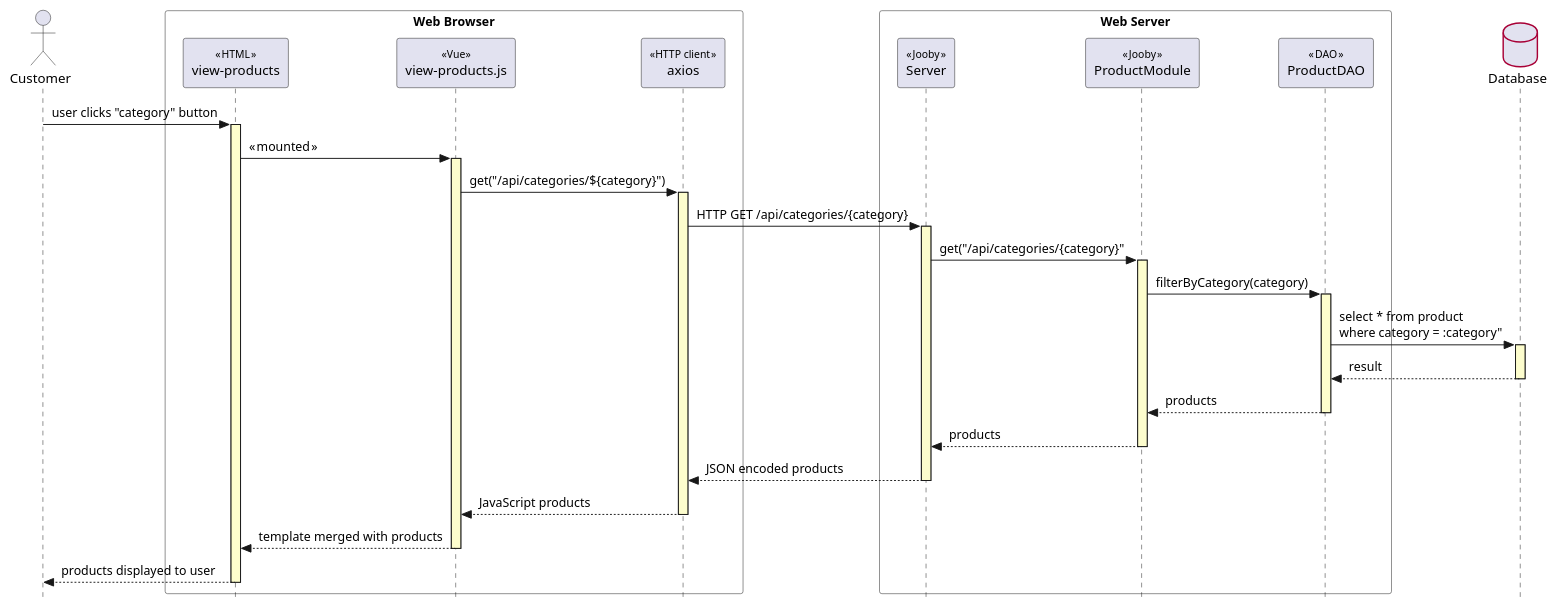
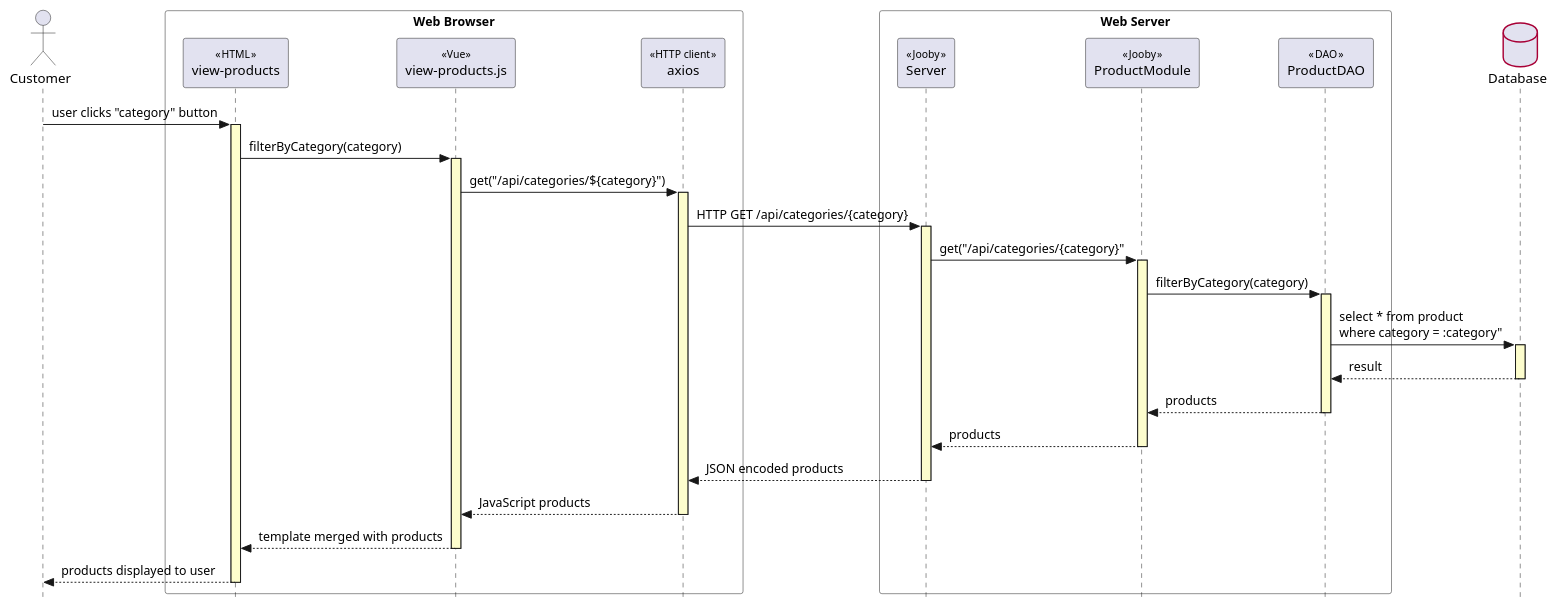
One commit to haydenaish/Shop-web-app changed the diagram in diagrams/filter.puml. Above: the diagram before and after it, drawn with PlantUML.

Commit message:
Finished diagram

```diff
--- a/diagrams/filter.puml
+++ b/diagrams/filter.puml
@@ -1,60 +1,60 @@
 @startuml
 ' style tweaks to make the diagram a little more readable
 skinparam {
 	Style strictuml
 	RoundCorner 5
 	BoxPadding 35
 	ParticipantPadding 15
     Padding 2
 
 	Sequence {
 		' make activations yellow too
 		LifeLineBackgroundColor #FDFDCD
 
 		' make stereotypes less ugly
 		Stereotype {
 			Font {
 				Size 11
 				Style plain
 			}
 		}
 	}
 
    Database {
 		BorderColor #A80036
 	}
 
 }
 
 Actor Customer as user
 box "             Web Browser             " #white
 	Participant "view-products" as page << HTML >>
 	user -> page++: user clicks "category" button
     participant "view-products.js" as controller <<Vue>>
     participant "axios" as axios <<HTTP client >>
 end box
 
 box "Web Server" #white
 	Participant "Server" as service << Jooby >>
 	Participant "ProductModule" as module << Jooby >>
 	Participant "ProductDAO" as dao << DAO >>
 end box
 
 database "Database" as db
 
-page -> controller++ : « mounted »
+page -> controller++ : filterByCategory(category)
 controller -> axios++ : get("/api/categories/${category}")
 axios -> service++ : HTTP GET /api/categories/{category}
 service -> module++ : get("/api/categories/{category}"
 module -> dao++ : filterByCategory(category)
 dao -> db++ : select * from product \nwhere category = :category"
 
 return result
 return products
 return products
 return JSON encoded products
 return JavaScript products
 ' controller --
 return template merged with products
 return products displayed to user
 @enduml
```
